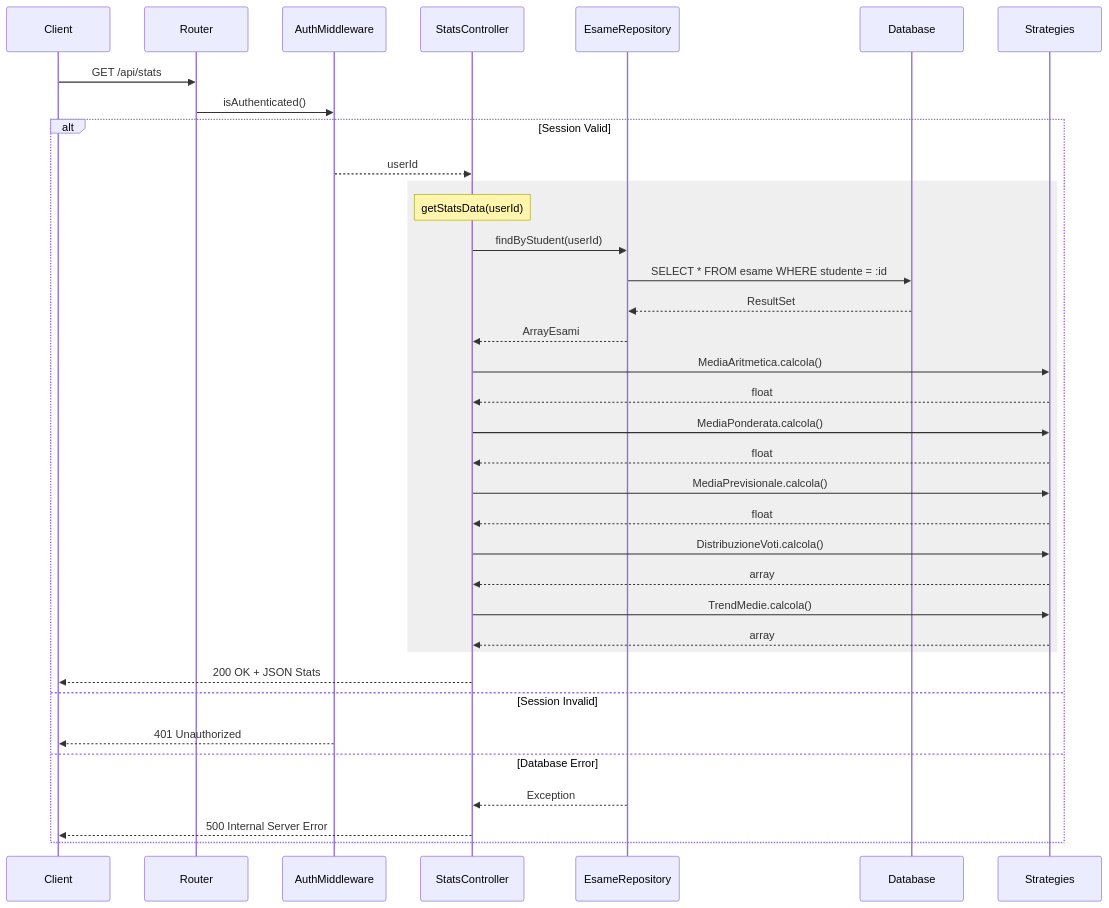
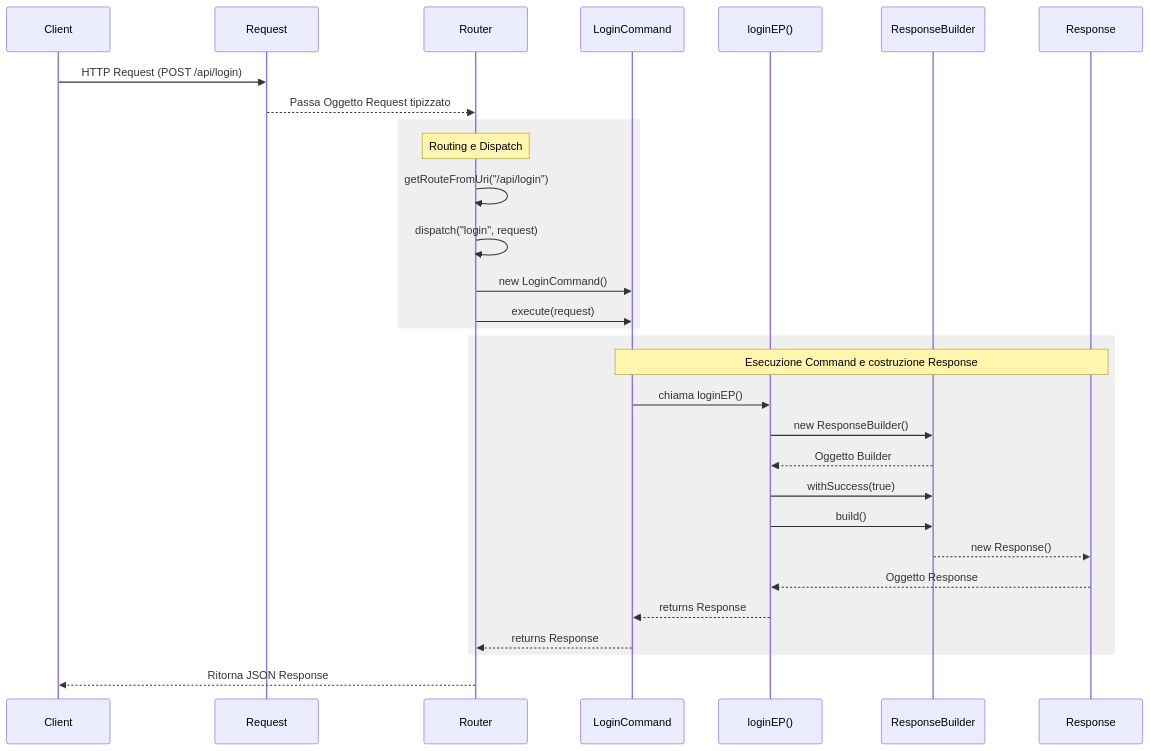
One commit to frankelfokou/Gestione-esami-universitari changed diagram 11 of 26 in README.md. Above: the diagram before and after it, drawn with Mermaid. The commit also changed other lines of this file, not shown here.

````diff
--- a/README.md
+++ b/README.md
@@ -1370,42 +515,36 @@
 ```mermaid
 sequenceDiagram
-    participant C as Client
-    participant R as Router
-    participant M as AuthMiddleware
-    participant S as StatsController
-    participant Repo as EsameRepository
-    participant DB as Database
-    participant Strat as Strategies
+    participant Client
+    participant Request
+    participant Router
+    participant Command as LoginCommand
+    participant EPFunction as loginEP()
+    participant ResponseBuilder
+    participant Response
 
-    C->>R: GET /api/stats
-    R->>M: isAuthenticated()
-  
-    alt Session Valid
-        M-->>S: userId
-        rect rgba(128, 128, 128, 0.13)
-        Note over S: getStatsData(userId)
-        S->>Repo: findByStudent(userId)
-        Repo->>DB: SELECT * FROM esame WHERE studente = :id
-        DB-->>Repo: ResultSet
-        Repo-->>S: ArrayEsami
-  
-        S->>Strat: MediaAritmetica.calcola()
-        Strat-->>S: float
-        S->>Strat: MediaPonderata.calcola()
-        Strat-->>S: float
-        S->>Strat: MediaPrevisionale.calcola()
-        Strat-->>S: float
-        S->>Strat: DistribuzioneVoti.calcola()
-        Strat-->>S: array
-        S->>Strat: TrendMedie.calcola()
-        Strat-->>S: array
-        end
-  
-        S-->>C: 200 OK + JSON Stats
-    else Session Invalid
-        M-->>C: 401 Unauthorized
-    else Database Error
-        Repo-->>S: Exception
-        S-->>C: 500 Internal Server Error
+    Client->>Request: HTTP Request (POST /api/login)
+    Request-->>Router: Passa Oggetto Request tipizzato
+
+    rect rgba(128, 128, 128, 0.13)
+    Note over Router: Routing e Dispatch
+    Router->>Router: getRouteFromUri("/api/login")
+    Router->>Router: dispatch("login", request)
+    Router->>Command: new LoginCommand()
+    Router->>Command: execute(request)
     end
+
+    rect rgba(128, 128, 128, 0.13)
+    Note over Command,Response: Esecuzione Command e costruzione Response
+    Command->>EPFunction: chiama loginEP()
+    EPFunction->>ResponseBuilder: new ResponseBuilder()
+    ResponseBuilder-->>EPFunction: Oggetto Builder
+    EPFunction->>ResponseBuilder: withSuccess(true)
+    EPFunction->>ResponseBuilder: build()
+    ResponseBuilder-->>Response: new Response()
+    Response-->>EPFunction: Oggetto Response
+    EPFunction-->>Command: returns Response
+    Command-->>Router: returns Response
+    end
+
+    Router-->>Client: Ritorna JSON Response
 ```
````
